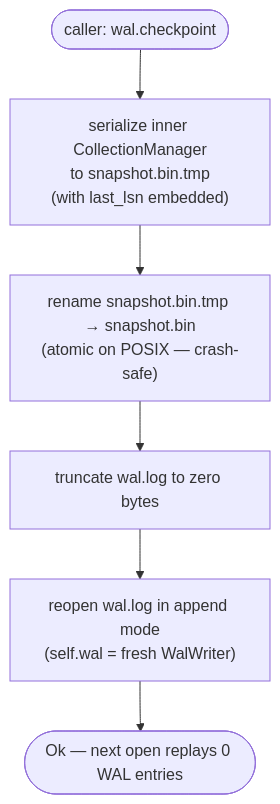
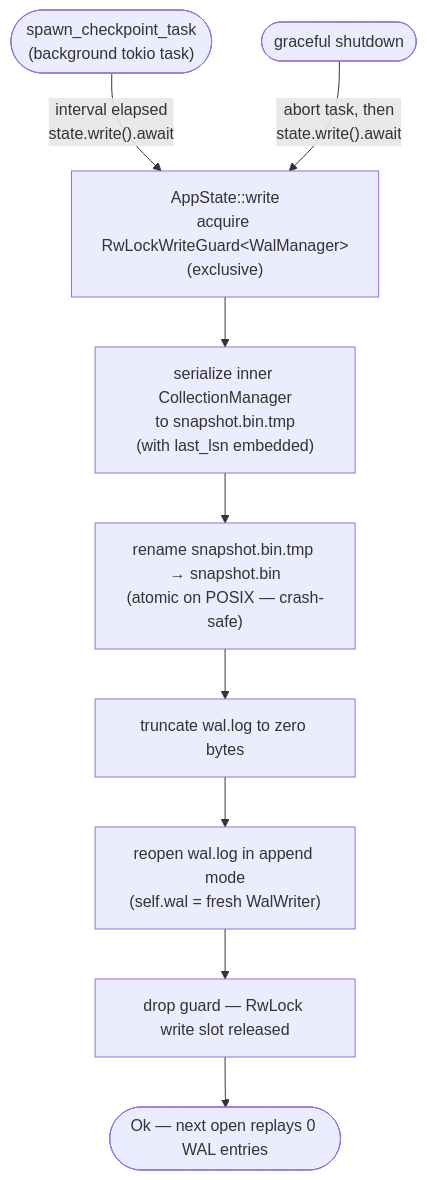
The fourth of 7 diagrams in README.md (PhVHoang/likhadb), drawn with Mermaid before and after one commit. The commit also changed other lines of this file and 5 other files, not shown here.

Commit message:
implement C1 - shared state on top of WAL Manager

````diff
--- a/README.md
+++ b/README.md
@@ -106,8 +111,16 @@
 ```mermaid
 flowchart TD
-    U([caller: wal.checkpoint]) --> SNAP["serialize inner CollectionManager\nto snapshot.bin.tmp\n(with last_lsn embedded)"]
+    TASK(["spawn_checkpoint_task\n(background tokio task)"])
+    SHUT(["graceful shutdown"])
+
+    TASK -->|"interval elapsed\nstate.write().await"| LOCK
+    SHUT -->|"abort task, then\nstate.write().await"| LOCK
+
+    LOCK["AppState::write\nacquire RwLockWriteGuard&lt;WalManager&gt;\n(exclusive)"]
+    LOCK --> SNAP["serialize inner CollectionManager\nto snapshot.bin.tmp\n(with last_lsn embedded)"]
     SNAP --> RENAME["rename snapshot.bin.tmp → snapshot.bin\n(atomic on POSIX — crash-safe)"]
     RENAME --> TRUNC["truncate wal.log to zero bytes"]
     TRUNC --> REOPEN["reopen wal.log in append mode\n(self.wal = fresh WalWriter)"]
-    REOPEN --> DONE([Ok — next open replays 0 WAL entries])
+    REOPEN --> DROP["drop guard — RwLock write slot released"]
+    DROP --> DONE(["Ok — next open replays 0 WAL entries"])
 ```
````
